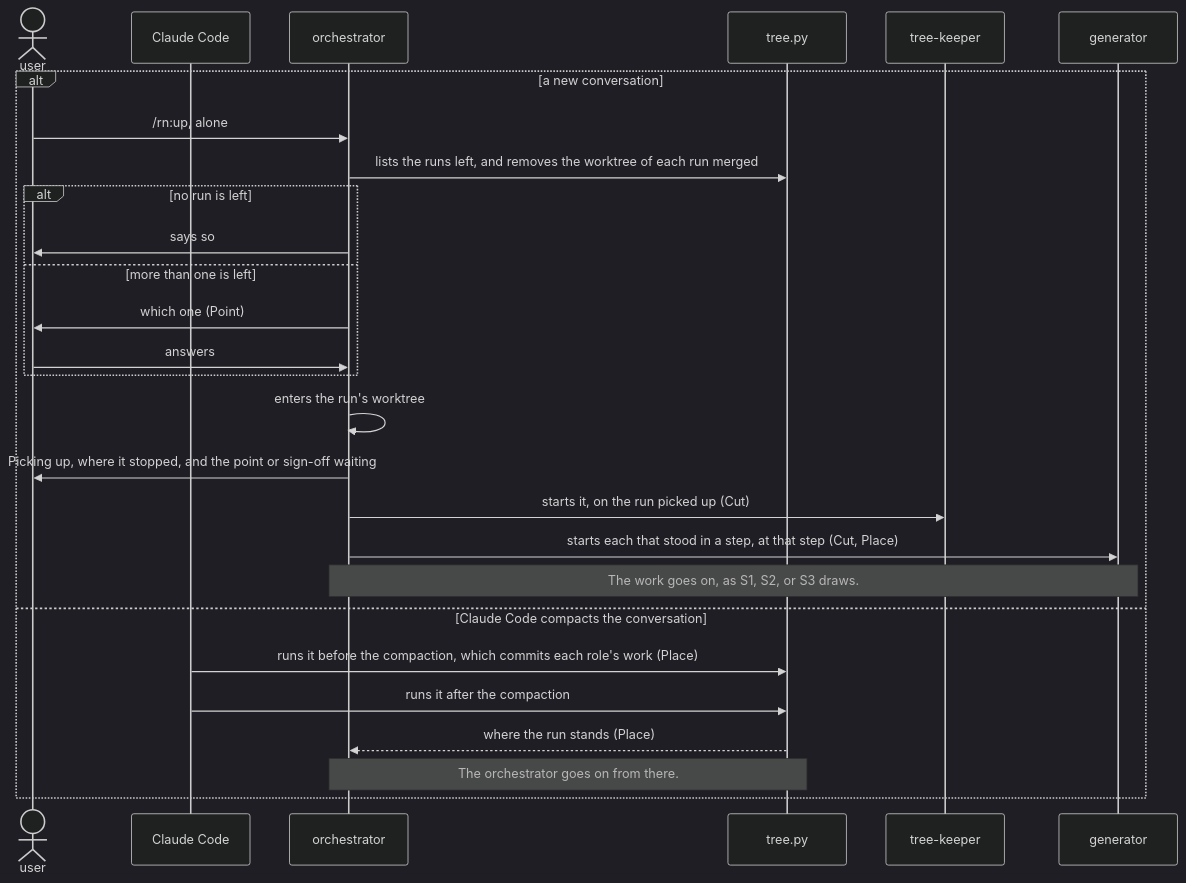
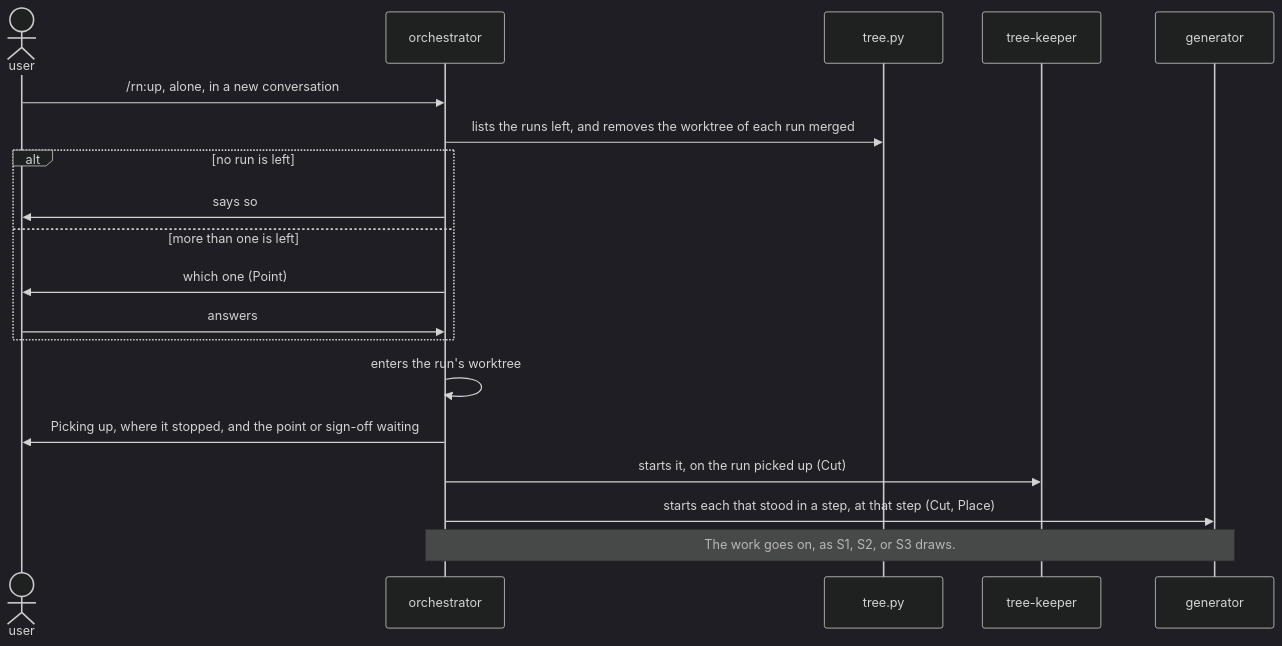
The fifth of 6 diagrams in dev/rn/architecture.md (lovaizu/ccpm), drawn with Mermaid (dark theme) before and after one commit. The commit also changed other lines of this file and 7 other files, not shown here.

First line of the commit message:
rn: rn does nothing of its own around Claude Code's compaction, as tree.py commits the run's state at the end of each step and Lane holds the steps outside the conversation. S5 picks up only in a new conversation, and the components lose Claude Code's hooks into tree.py.

````diff
--- a/dev/rn/architecture.md
+++ b/dev/rn/architecture.md
@@ -313,29 +312,21 @@
 ```mermaid
 sequenceDiagram
   actor U as user
-  participant CC as Claude Code
   participant O as orchestrator
   participant T as tree.py
   participant K as tree-keeper
   participant G as generator
-  alt a new conversation
-    U->>O: /rn:up, alone
-    O->>T: lists the runs left, and removes the worktree of each run merged
-    alt no run is left
-      O->>U: says so
-    else more than one is left
-      O->>U: which one (Point)
-      U->>O: answers
-    end
-    O->>O: enters the run's worktree
-    O->>U: Picking up, where it stopped, and the point or sign-off waiting
-    O->>K: starts it, on the run picked up (Cut)
-    O->>G: starts each that stood in a step, at that step (Cut, Place)
-    Note over O,G: The work goes on, as S1, S2, or S3 draws.
-  else Claude Code compacts the conversation
-    CC->>T: runs it before the compaction, which commits each role's work (Place)
-    CC->>T: runs it after the compaction
-    T-->>O: where the run stands (Place)
-    Note over O,T: The orchestrator goes on from there.
+  U->>O: /rn:up, alone, in a new conversation
+  O->>T: lists the runs left, and removes the worktree of each run merged
+  alt no run is left
+    O->>U: says so
+  else more than one is left
+    O->>U: which one (Point)
+    U->>O: answers
   end
+  O->>O: enters the run's worktree
+  O->>U: Picking up, where it stopped, and the point or sign-off waiting
+  O->>K: starts it, on the run picked up (Cut)
+  O->>G: starts each that stood in a step, at that step (Cut, Place)
+  Note over O,G: The work goes on, as S1, S2, or S3 draws.
 ```
````
